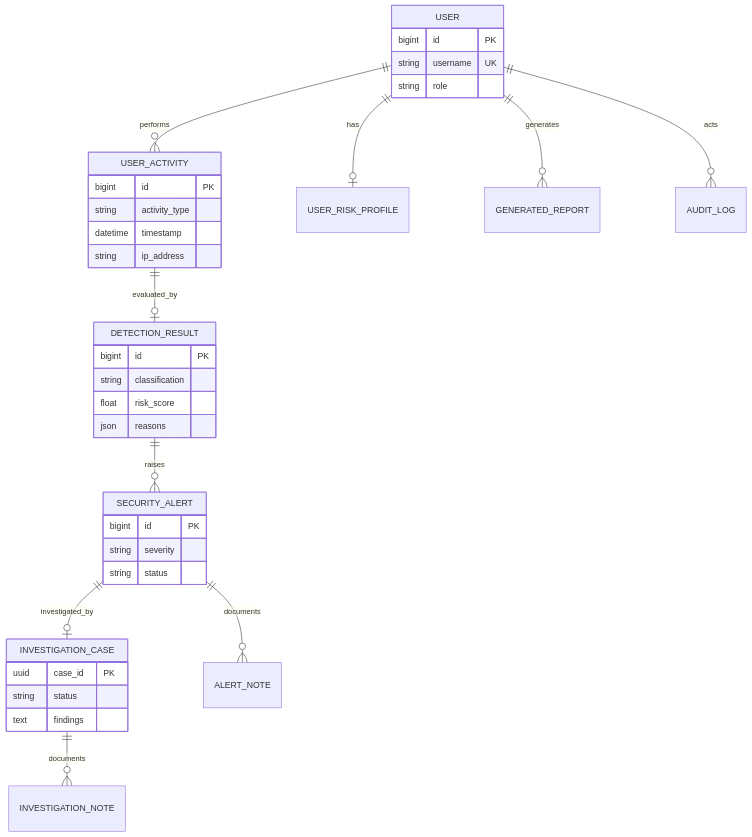
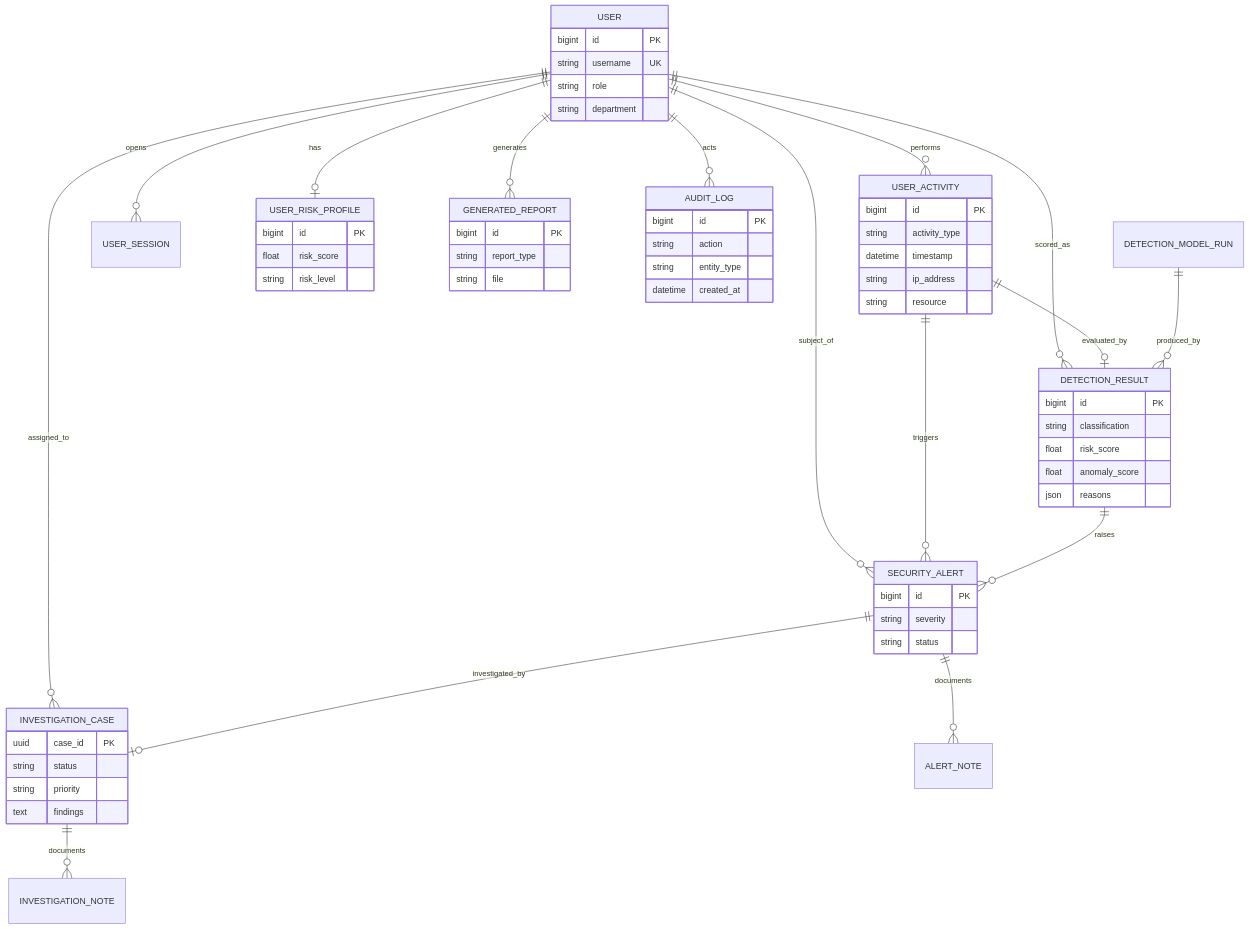
Before and after one commit to Njbalamani/SENTINELFLOW: the seventh of 8 diagrams in SENTINELFLOW/README.md, drawn with Mermaid. The commit also changed other lines of this file and 3 other files, not shown here.

````diff
--- a/SENTINELFLOW/README.md
+++ b/SENTINELFLOW/README.md
@@ -174,40 +243,67 @@
 ```mermaid
 erDiagram
     USER ||--o{ USER_ACTIVITY : performs
+    USER ||--o{ USER_SESSION : opens
     USER ||--o| USER_RISK_PROFILE : has
+    USER ||--o{ DETECTION_RESULT : scored_as
+    USER ||--o{ SECURITY_ALERT : subject_of
+    USER ||--o{ INVESTIGATION_CASE : assigned_to
+    USER ||--o{ GENERATED_REPORT : generates
+    USER ||--o{ AUDIT_LOG : acts
+
     USER_ACTIVITY ||--o| DETECTION_RESULT : evaluated_by
+    USER_ACTIVITY ||--o{ SECURITY_ALERT : triggers
     DETECTION_RESULT ||--o{ SECURITY_ALERT : raises
     SECURITY_ALERT ||--o| INVESTIGATION_CASE : investigated_by
     SECURITY_ALERT ||--o{ ALERT_NOTE : documents
     INVESTIGATION_CASE ||--o{ INVESTIGATION_NOTE : documents
-    USER ||--o{ GENERATED_REPORT : generates
-    USER ||--o{ AUDIT_LOG : acts
+    DETECTION_MODEL_RUN ||--o{ DETECTION_RESULT : produced_by
 
     USER {
         bigint id PK
         string username UK
         string role
+        string department
     }
     USER_ACTIVITY {
         bigint id PK
         string activity_type
         datetime timestamp
         string ip_address
+        string resource
     }
     DETECTION_RESULT {
         bigint id PK
         string classification
         float risk_score
+        float anomaly_score
         json reasons
+    }
+    USER_RISK_PROFILE {
+        bigint id PK
+        float risk_score
+        string risk_level
     }
     SECURITY_ALERT {
         bigint id PK
         string severity
         string status
     }
     INVESTIGATION_CASE {
         uuid case_id PK
         string status
+        string priority
         text findings
     }
+    GENERATED_REPORT {
+        bigint id PK
+        string report_type
+        string file
+    }
+    AUDIT_LOG {
+        bigint id PK
+        string action
+        string entity_type
+        datetime created_at
+    }
 ```
````
